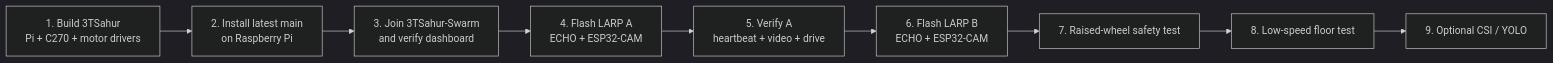
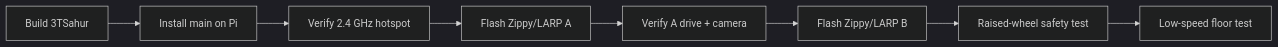
The first of 5 diagrams in README.md (william-thompsonthe1st/STEM-Research-Academy), drawn with Mermaid (dark theme) before and after one commit. The commit also changed other lines of this file, not shown here.

Commit message:
docs: add pinout visuals and Zippy Wi-Fi troubleshooting

````diff
--- a/README.md
+++ b/README.md
@@ -20,11 +37,10 @@
 ```mermaid
 flowchart LR
-    A["1. Build 3TSahur\nPi + C270 + motor drivers"] --> B["2. Install latest main\non Raspberry Pi"]
-    B --> C["3. Join 3TSahur-Swarm\nand verify dashboard"]
-    C --> D["4. Flash LARP A\nECHO + ESP32-CAM"]
-    D --> E["5. Verify A\nheartbeat + video + drive"]
-    E --> F["6. Flash LARP B\nECHO + ESP32-CAM"]
-    F --> G["7. Raised-wheel safety test"]
-    G --> H["8. Low-speed floor test"]
-    H --> I["9. Optional CSI / YOLO"]
+    A["Build 3TSahur"] --> B["Install main on Pi"]
+    B --> C["Verify 2.4 GHz hotspot"]
+    C --> D["Flash Zippy/LARP A"]
+    D --> E["Verify A drive + camera"]
+    E --> F["Flash Zippy/LARP B"]
+    F --> G["Raised-wheel safety test"]
+    G --> H["Low-speed floor test"]
 ```
````
